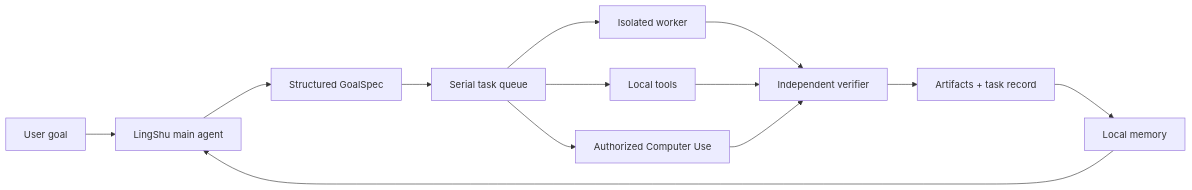
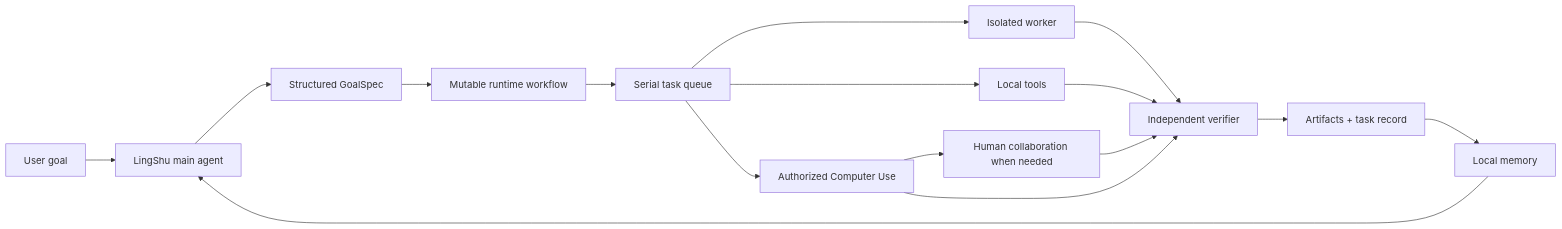
The diagram in README.md (RoyZhao1991/LingShu), drawn with Mermaid before and after one commit. The commit also changed other lines of this file and 50 other files, not shown here.

Commit message:
feat: add adaptive workflows and human collaboration

````diff
--- a/README.md
+++ b/README.md
@@ -70,15 +71,18 @@
 ```mermaid
 flowchart LR
     U["User goal"] --> B["LingShu main agent"]
     B --> G["Structured GoalSpec"]
-    G --> Q["Serial task queue"]
+    G --> R["Mutable runtime workflow"]
+    R --> Q["Serial task queue"]
     Q --> W1["Isolated worker"]
     Q --> W2["Local tools"]
     Q --> W3["Authorized Computer Use"]
+    W3 --> H["Human collaboration when needed"]
+    H --> V["Independent verifier"]
     W1 --> V["Independent verifier"]
     W2 --> V
     W3 --> V
     V --> A["Artifacts + task record"]
     A --> M["Local memory"]
     M --> B
 ```
````
